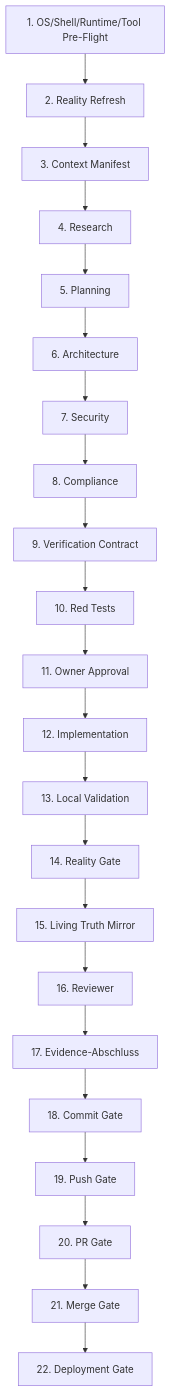
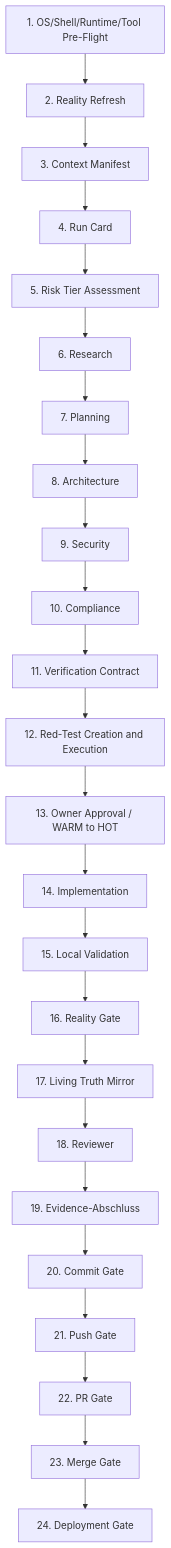
One commit to xxammaxx/OpenCode-Agenten-Oekosystem changed the first of 3 diagrams in WORKING-METHOD.md. Above: the diagram before and after it, drawn with Mermaid. The commit also changed other lines of this file and 1 other file, not shown here.

First line of the commit message:
fix: restore post-merge UX UI validation requirements

````diff
--- a/WORKING-METHOD.md
+++ b/WORKING-METHOD.md
@@ -264,24 +264,26 @@
 ```mermaid
 flowchart TD
     A[1. OS/Shell/Runtime/Tool Pre-Flight] --> B[2. Reality Refresh]
     B --> C[3. Context Manifest]
-    C --> D[4. Research]
-    D --> E[5. Planning]
-    E --> F[6. Architecture]
-    F --> G[7. Security]
-    G --> H[8. Compliance]
-    H --> I[9. Verification Contract]
-    I --> J[10. Red Tests]
-    J --> K[11. Owner Approval]
-    K --> L[12. Implementation]
-    L --> M[13. Local Validation]
-    M --> N[14. Reality Gate]
-    N --> O[15. Living Truth Mirror]
-    O --> P[16. Reviewer]
-    P --> Q[17. Evidence-Abschluss]
-    Q --> R[18. Commit Gate]
-    R --> S[19. Push Gate]
-    S --> T[20. PR Gate]
-    T --> U[21. Merge Gate]
-    U --> V[22. Deployment Gate]
+    C --> C1[4. Run Card]
+    C1 --> C2[5. Risk Tier Assessment]
+    C2 --> D[6. Research]
+    D --> E[7. Planning]
+    E --> F[8. Architecture]
+    F --> G[9. Security]
+    G --> H[10. Compliance]
+    H --> I[11. Verification Contract]
+    I --> J[12. Red-Test Creation and Execution]
+    J --> K[13. Owner Approval / WARM to HOT]
+    K --> L[14. Implementation]
+    L --> M[15. Local Validation]
+    M --> N[16. Reality Gate]
+    N --> O[17. Living Truth Mirror]
+    O --> P[18. Reviewer]
+    P --> Q[19. Evidence-Abschluss]
+    Q --> R[20. Commit Gate]
+    R --> S[21. Push Gate]
+    S --> T[22. PR Gate]
+    T --> U[23. Merge Gate]
+    U --> V[24. Deployment Gate]
 ```
````
